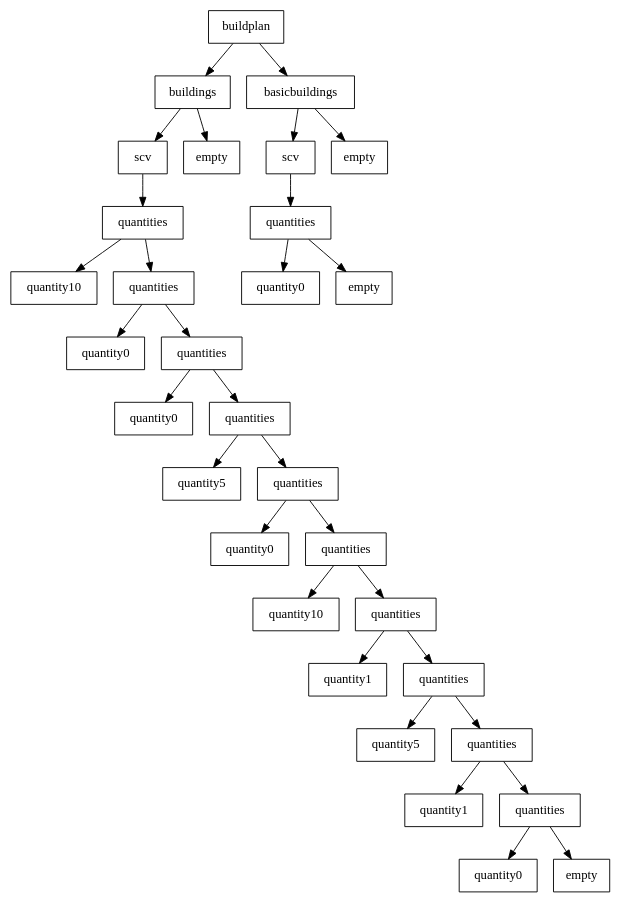
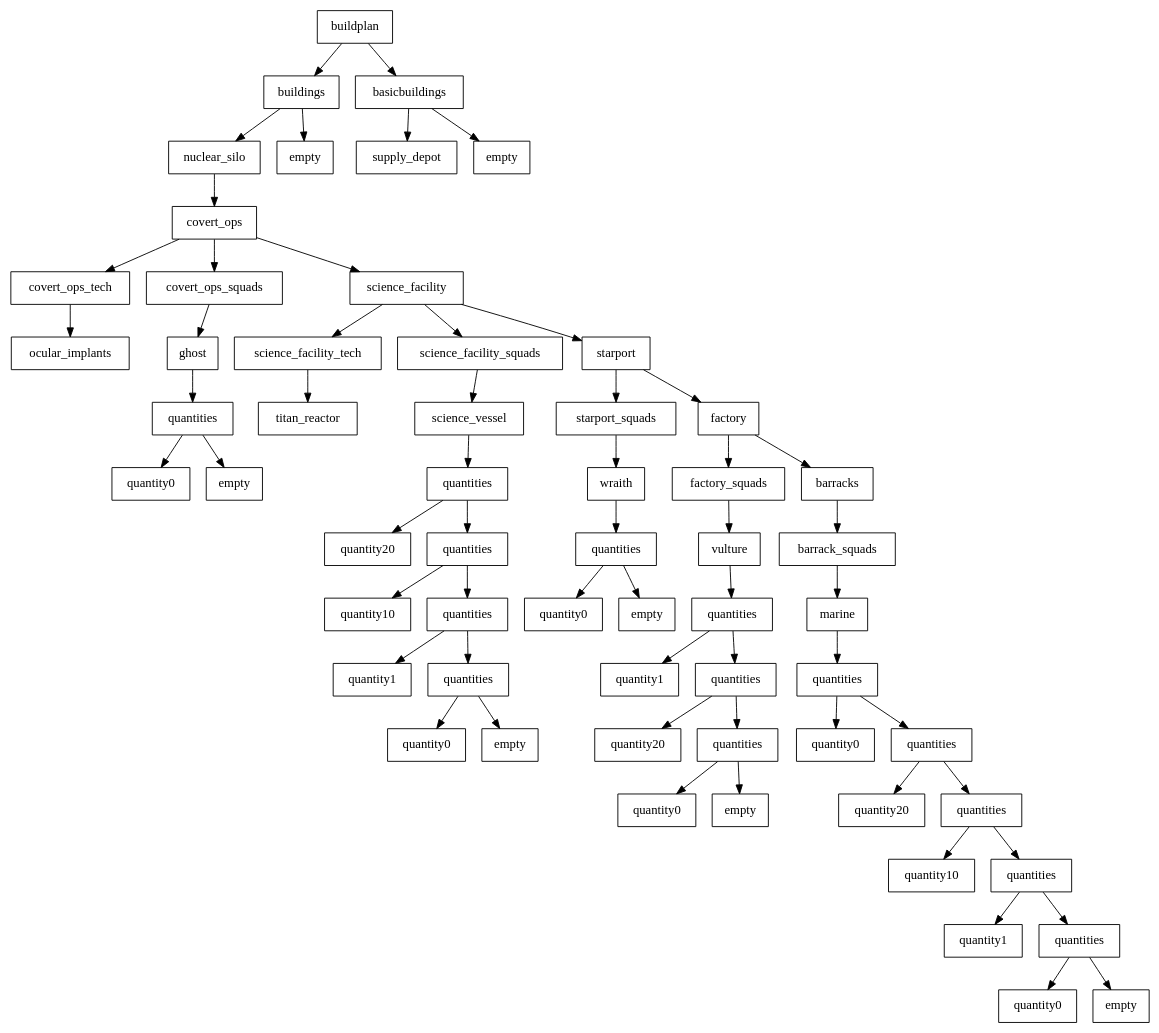
One commit to cryogenic-dreams/StarCraft-GPBot changed the diagram in GPBot/file0.dot. Above: the diagram before and after it, drawn with Graphviz. The commit also changed 5 other files, not shown here.

```diff
--- a/GPBot/file0.dot
+++ b/GPBot/file0.dot
@@ -1,65 +1,121 @@
 digraph g {
 graph [ordering=out];
 node [shape=rectangle];
 n[label = "buildplan"];
 n0[label = "buildings"];
-n00[label = "scv"];
-n000[label = "quantities"];
-n0000[label = "quantity10"];
+n00[label = "nuclear_silo"];
+n000[label = "covert_ops"];
+n0000[label = "covert_ops_tech"];
+n00000[label = "ocular_implants"];
+n0000 -> n00000;
 n000 -> n0000;
-n0001[label = "quantities"];
-n00010[label = "quantity0"];
+n0001[label = "covert_ops_squads"];
+n00010[label = "ghost"];
+n000100[label = "quantities"];
+n0001000[label = "quantity0"];
+n000100 -> n0001000;
+n0001001[label = "empty"];
+n000100 -> n0001001;
+n00010 -> n000100;
 n0001 -> n00010;
-n00011[label = "quantities"];
-n000110[label = "quantity0"];
-n00011 -> n000110;
-n000111[label = "quantities"];
-n0001110[label = "quantity5"];
-n000111 -> n0001110;
-n0001111[label = "quantities"];
-n00011110[label = "quantity0"];
-n0001111 -> n00011110;
-n00011111[label = "quantities"];
-n000111110[label = "quantity10"];
-n00011111 -> n000111110;
-n000111111[label = "quantities"];
-n0001111110[label = "quantity1"];
-n000111111 -> n0001111110;
-n0001111111[label = "quantities"];
-n00011111110[label = "quantity5"];
-n0001111111 -> n00011111110;
-n00011111111[label = "quantities"];
-n000111111110[label = "quantity1"];
-n00011111111 -> n000111111110;
-n000111111111[label = "quantities"];
-n0001111111110[label = "quantity0"];
-n000111111111 -> n0001111111110;
-n0001111111111[label = "empty"];
-n000111111111 -> n0001111111111;
-n00011111111 -> n000111111111;
-n0001111111 -> n00011111111;
-n000111111 -> n0001111111;
-n00011111 -> n000111111;
-n0001111 -> n00011111;
-n000111 -> n0001111;
-n00011 -> n000111;
-n0001 -> n00011;
 n000 -> n0001;
+n0002[label = "science_facility"];
+n00020[label = "science_facility_tech"];
+n000200[label = "titan_reactor"];
+n00020 -> n000200;
+n0002 -> n00020;
+n00021[label = "science_facility_squads"];
+n000210[label = "science_vessel"];
+n0002100[label = "quantities"];
+n00021000[label = "quantity20"];
+n0002100 -> n00021000;
+n00021001[label = "quantities"];
+n000210010[label = "quantity10"];
+n00021001 -> n000210010;
+n000210011[label = "quantities"];
+n0002100110[label = "quantity1"];
+n000210011 -> n0002100110;
+n0002100111[label = "quantities"];
+n00021001110[label = "quantity0"];
+n0002100111 -> n00021001110;
+n00021001111[label = "empty"];
+n0002100111 -> n00021001111;
+n000210011 -> n0002100111;
+n00021001 -> n000210011;
+n0002100 -> n00021001;
+n000210 -> n0002100;
+n00021 -> n000210;
+n0002 -> n00021;
+n00022[label = "starport"];
+n000220[label = "starport_squads"];
+n0002200[label = "wraith"];
+n00022000[label = "quantities"];
+n000220000[label = "quantity0"];
+n00022000 -> n000220000;
+n000220001[label = "empty"];
+n00022000 -> n000220001;
+n0002200 -> n00022000;
+n000220 -> n0002200;
+n00022 -> n000220;
+n000221[label = "factory"];
+n0002210[label = "factory_squads"];
+n00022100[label = "vulture"];
+n000221000[label = "quantities"];
+n0002210000[label = "quantity1"];
+n000221000 -> n0002210000;
+n0002210001[label = "quantities"];
+n00022100010[label = "quantity20"];
+n0002210001 -> n00022100010;
+n00022100011[label = "quantities"];
+n000221000110[label = "quantity0"];
+n00022100011 -> n000221000110;
+n000221000111[label = "empty"];
+n00022100011 -> n000221000111;
+n0002210001 -> n00022100011;
+n000221000 -> n0002210001;
+n00022100 -> n000221000;
+n0002210 -> n00022100;
+n000221 -> n0002210;
+n0002211[label = "barracks"];
+n00022110[label = "barrack_squads"];
+n000221100[label = "marine"];
+n0002211000[label = "quantities"];
+n00022110000[label = "quantity0"];
+n0002211000 -> n00022110000;
+n00022110001[label = "quantities"];
+n000221100010[label = "quantity20"];
+n00022110001 -> n000221100010;
+n000221100011[label = "quantities"];
+n0002211000110[label = "quantity10"];
+n000221100011 -> n0002211000110;
+n0002211000111[label = "quantities"];
+n00022110001110[label = "quantity1"];
+n0002211000111 -> n00022110001110;
+n00022110001111[label = "quantities"];
+n000221100011110[label = "quantity0"];
+n00022110001111 -> n000221100011110;
+n000221100011111[label = "empty"];
+n00022110001111 -> n000221100011111;
+n0002211000111 -> n00022110001111;
+n000221100011 -> n0002211000111;
+n00022110001 -> n000221100011;
+n0002211000 -> n00022110001;
+n000221100 -> n0002211000;
+n00022110 -> n000221100;
+n0002211 -> n00022110;
+n000221 -> n0002211;
+n00022 -> n000221;
+n0002 -> n00022;
+n000 -> n0002;
 n00 -> n000;
 n0 -> n00;
 n01[label = "empty"];
 n0 -> n01;
 n -> n0;
 n1[label = "basicbuildings"];
-n10[label = "scv"];
-n100[label = "quantities"];
-n1000[label = "quantity0"];
-n100 -> n1000;
-n1001[label = "empty"];
-n100 -> n1001;
-n10 -> n100;
+n10[label = "supply_depot"];
 n1 -> n10;
 n11[label = "empty"];
 n1 -> n11;
 n -> n1;
 }
```
